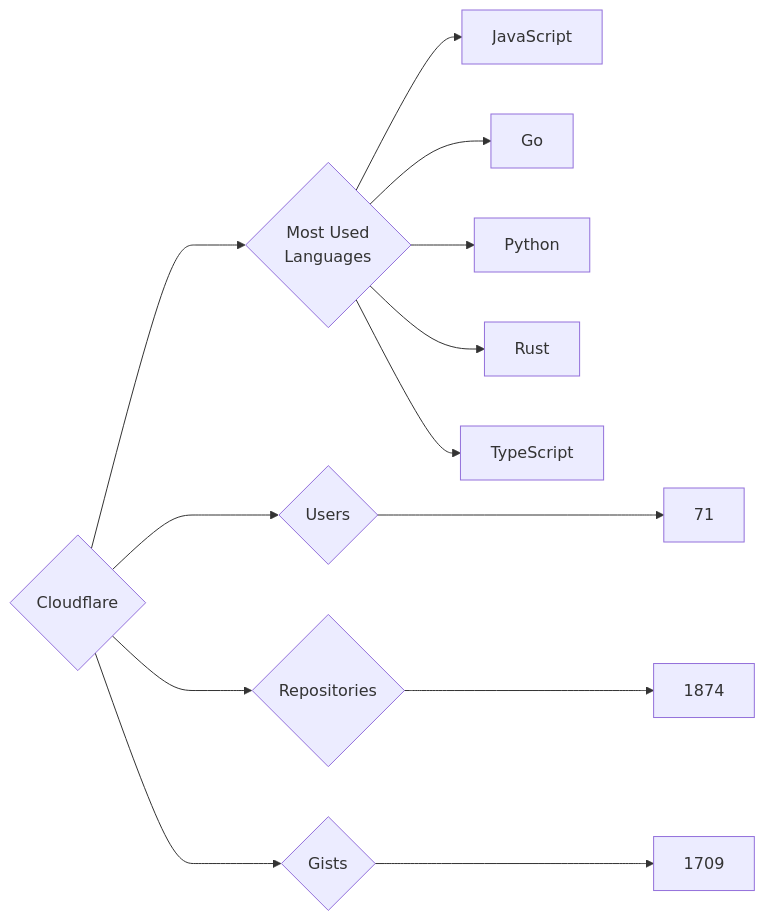
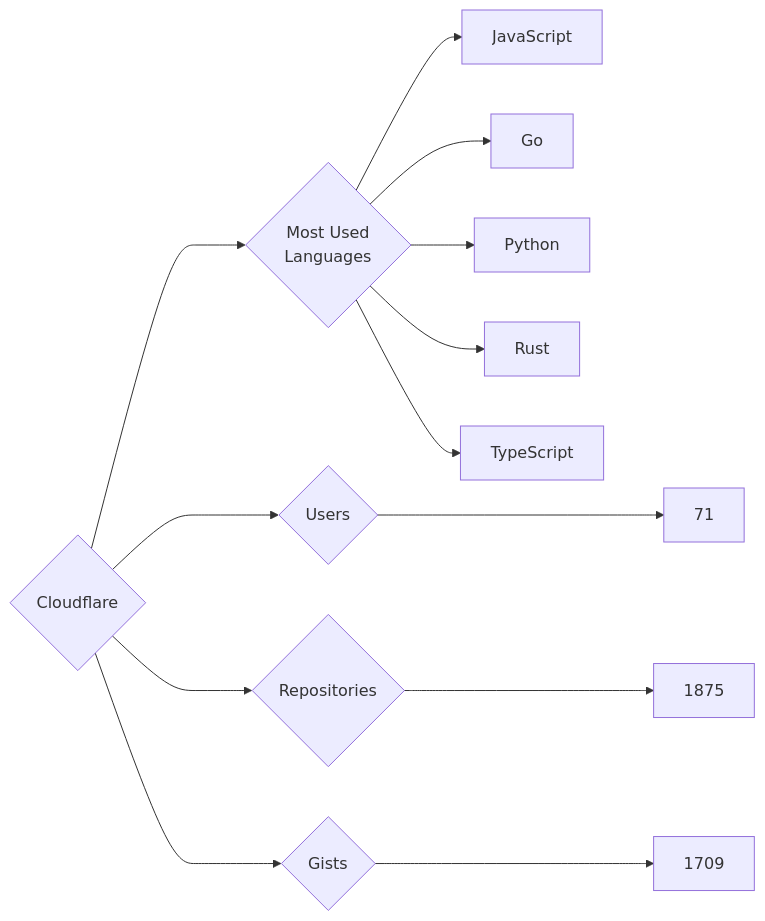
One commit to trickest/insiders changed the diagram in targets/Cloudflare/README.md. Above: the diagram before and after it, drawn with Mermaid. The commit also changed 749 other files, not shown here.

````diff
--- a/targets/Cloudflare/README.md
+++ b/targets/Cloudflare/README.md
@@ -3,13 +3,13 @@
 ```mermaid
 graph LR
 COMPANY_NAME{Cloudflare}
 COMPANY_NAME ---> U{Users} ---> UN[71]
-COMPANY_NAME ---> R{Repositories} ---> RN[1874]
+COMPANY_NAME ---> R{Repositories} ---> RN[1875]
 COMPANY_NAME ---> G{Gists} ---> GN[1709]
 COMPANY_NAME ---> ML{Most Used<br>Languages}
 ML --> JavaScript[JavaScript]
 ML --> Go[Go]
 ML --> Python[Python]
 ML --> Rust[Rust]
 ML --> TypeScript[TypeScript]
 ```
````
